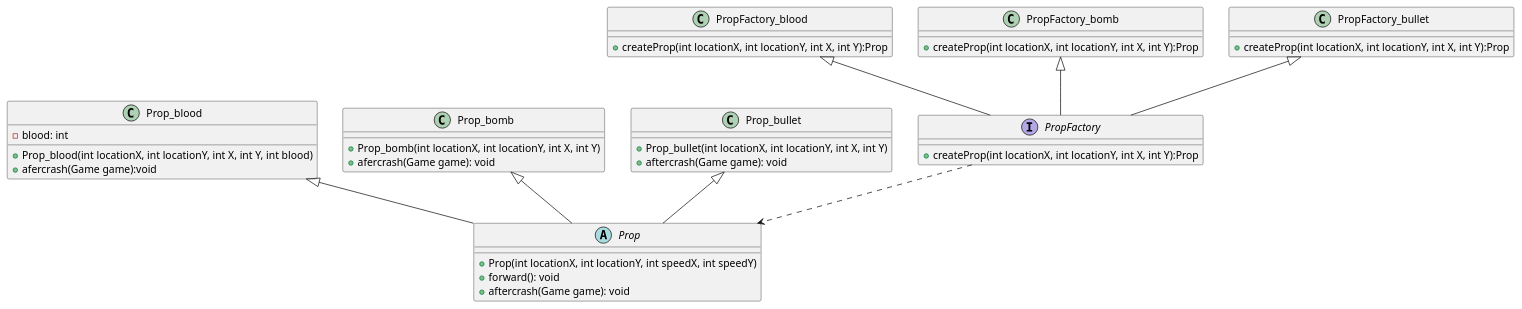
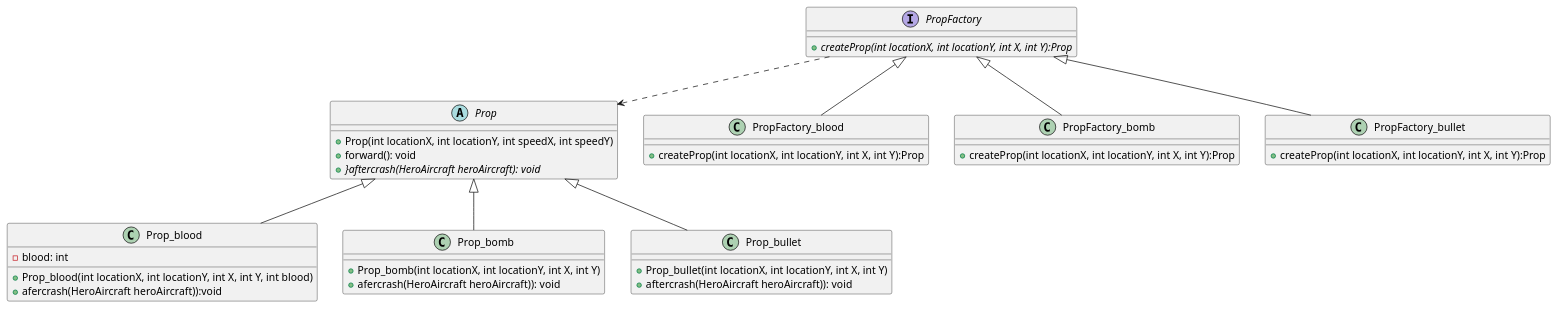
The diagram in uml/PropFactory.puml (orchideous1/AircraftWar), drawn with PlantUML before and after one commit. The commit also changed 39 other files, not shown here.

```diff
--- a/uml/PropFactory.puml
+++ b/uml/PropFactory.puml
@@ -1,52 +1,56 @@
 @startuml
 'https://plantuml.com/sequence-diagram
 
 abstract class Prop {
     + Prop(int locationX, int locationY, int speedX, int speedY)
     + forward(): void
-    + aftercrash(Game game): void
+    + {abstract}}aftercrash(HeroAircraft heroAircraft): void
 }
 
 class Prop_blood{
     - blood: int
 
     + Prop_blood(int locationX, int locationY, int X, int Y, int blood)
-    + afercrash(Game game):void
+    + afercrash(HeroAircraft heroAircraft)):void
 }
 
 class Prop_bomb{
     + Prop_bomb(int locationX, int locationY, int X, int Y)
-    + afercrash(Game game): void
+    + afercrash(HeroAircraft heroAircraft)): void
 }
 
 class Prop_bullet{
     + Prop_bullet(int locationX, int locationY, int X, int Y)
-    + aftercrash(Game game): void
+    + aftercrash(HeroAircraft heroAircraft)): void
 }
 
-Prop_blood <|-- Prop
-Prop_bomb <|-- Prop
-Prop_bullet <|-- Prop
+Prop <|-- Prop_blood
+Prop <|-- Prop_bomb
+Prop <|-- Prop_bullet
 
 interface PropFactory{
-    + createProp(int locationX, int locationY, int X, int Y):Prop
+    + {abstract}createProp(int locationX, int locationY, int X, int Y):Prop
 }
 
 class PropFactory_blood{
     + createProp(int locationX, int locationY, int X, int Y):Prop
 }
 
 class PropFactory_bomb{
     + createProp(int locationX, int locationY, int X, int Y):Prop
 }
 
 class PropFactory_bullet{
     + createProp(int locationX, int locationY, int X, int Y):Prop
 }
 
-PropFactory_blood <|-- PropFactory
-PropFactory_bomb <|-- PropFactory
-PropFactory_bullet <|-- PropFactory
+PropFactory <|-- PropFactory_blood
+PropFactory <|-- PropFactory_bomb
+PropFactory <|-- PropFactory_bullet
 
 PropFactory ..> Prop
+
+
+
+
 @enduml
```
